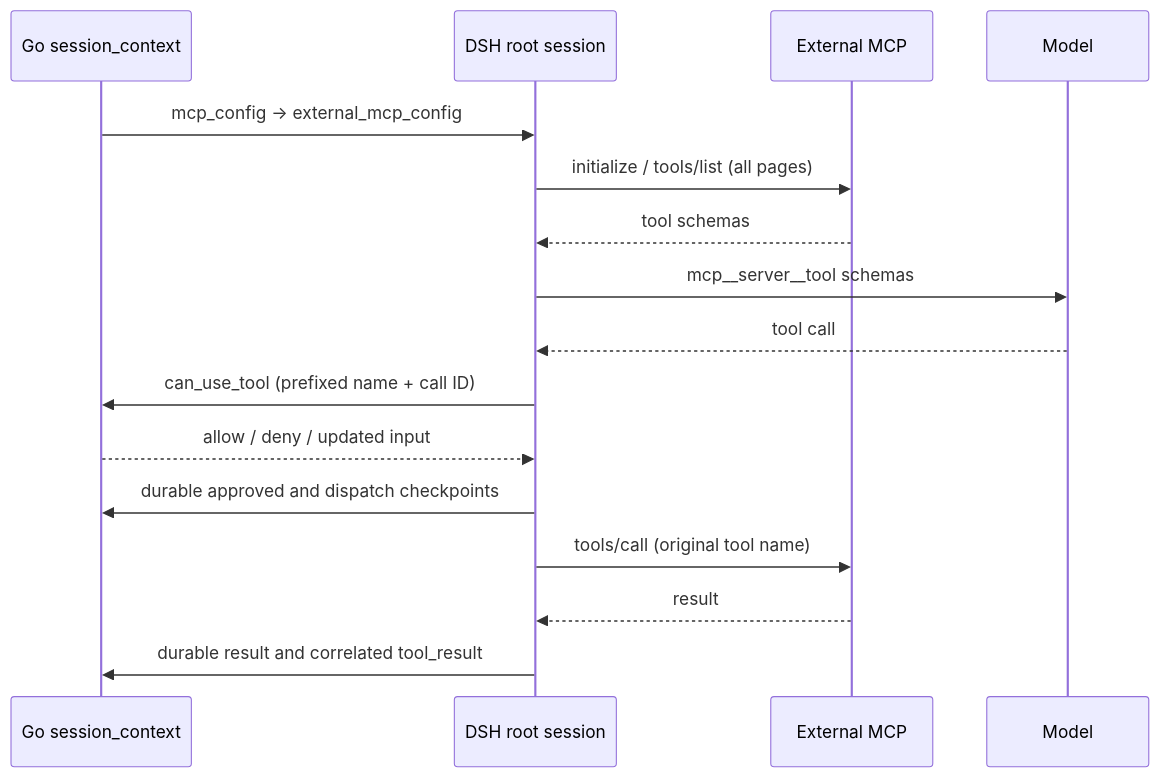
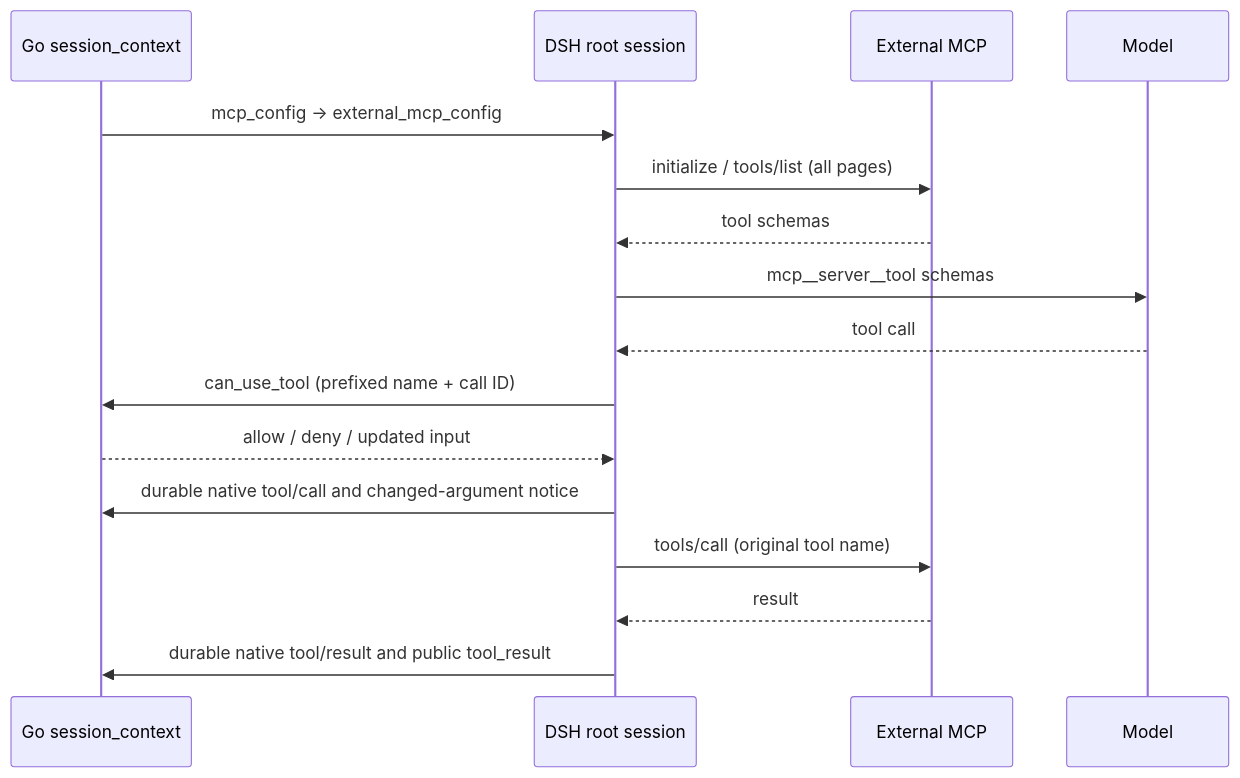
The fourth of 8 diagrams in docs/design/be/brain-runtime.md (superduck-ai/open-managed-agents), drawn with Mermaid before and after one commit. The commit also changed other lines of this file and 57 other files, not shown here.

Commit message:
refactor(brain): restore DSH sessions from native logs

````diff
--- a/docs/design/be/brain-runtime.md
+++ b/docs/design/be/brain-runtime.md
@@ -120,18 +128,18 @@
 ```mermaid
 sequenceDiagram
     participant Go as Go session_context
     participant DSH as DSH root session
     participant MCP as External MCP
     participant Model as Model
     Go->>DSH: mcp_config → external_mcp_config
     DSH->>MCP: initialize / tools/list (all pages)
     MCP-->>DSH: tool schemas
     DSH->>Model: mcp__server__tool schemas
     Model-->>DSH: tool call
     DSH->>Go: can_use_tool (prefixed name + call ID)
     Go-->>DSH: allow / deny / updated input
-    DSH->>Go: durable approved and dispatch checkpoints
+    DSH->>Go: durable native tool/call and changed-argument notice
     DSH->>MCP: tools/call (original tool name)
     MCP-->>DSH: result
-    DSH->>Go: durable result and correlated tool_result
+    DSH->>Go: durable native tool/result and public tool_result
 ```
````
